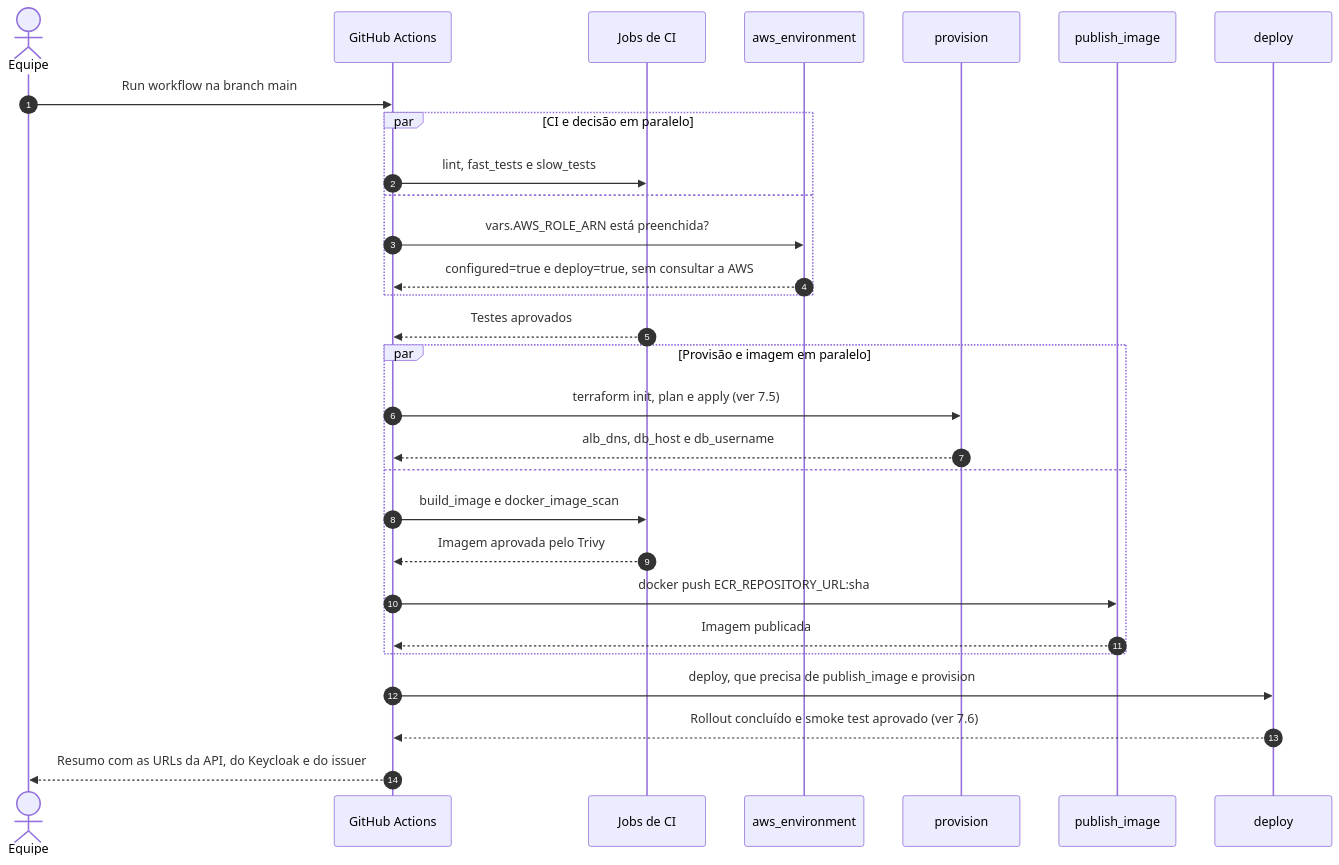
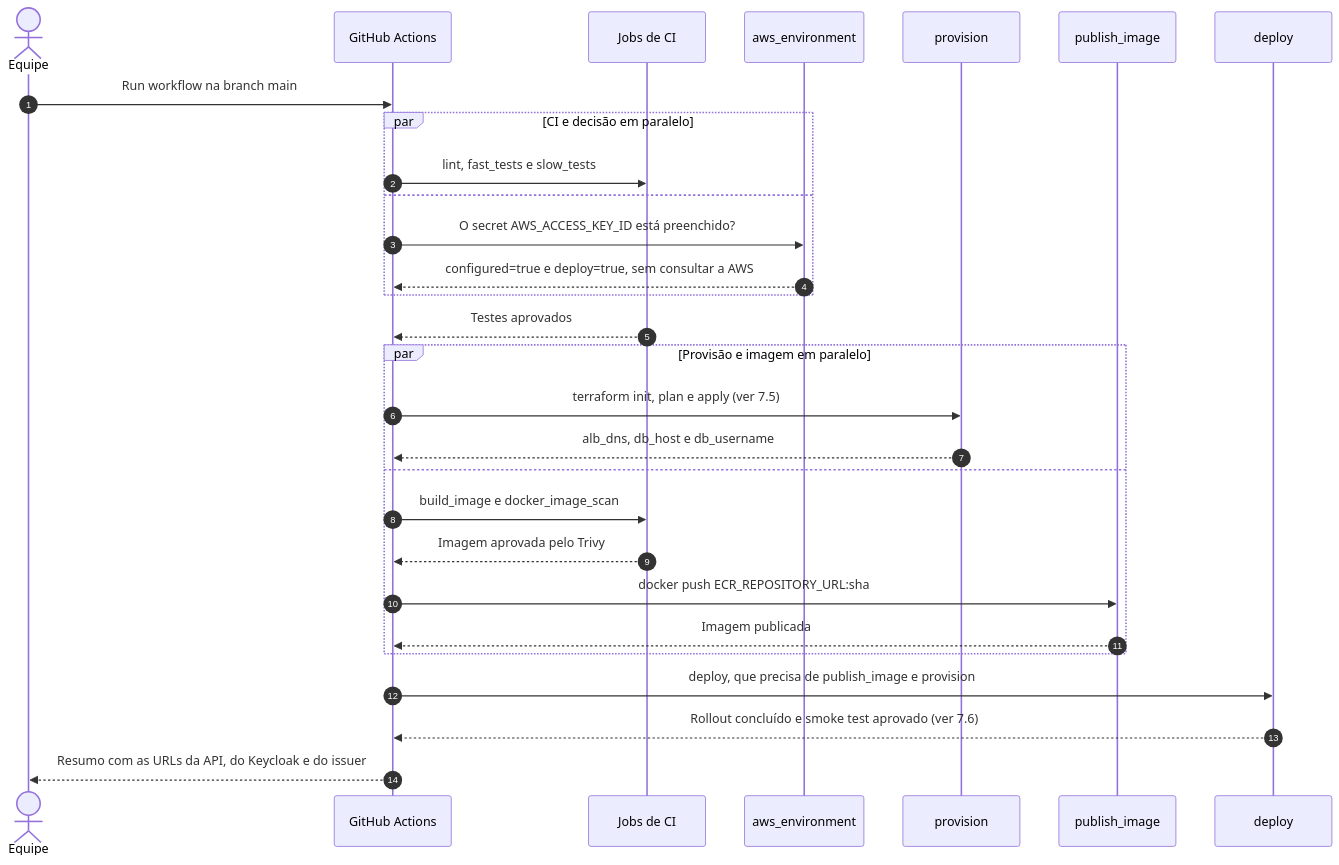
The eighth of 16 diagrams in docs/arquitetura.md (gabsevamac/JACAFI-FIAP_Tech-Challenge_01), drawn with Mermaid before and after one commit. The commit also changed other lines of this file and 4 other files, not shown here.

First line of the commit message:
docs: align docs with access-key auth and fix manual commands

````diff
--- a/docs/arquitetura.md
+++ b/docs/arquitetura.md
@@ -533,32 +532,32 @@
 ```mermaid
 sequenceDiagram
     autonumber
     actor Dev as Equipe
     participant GH as GitHub Actions
     participant CI as Jobs de CI
     participant Gate as aws_environment
     participant Prov as provision
     participant Pub as publish_image
     participant Dep as deploy
 
     Dev->>GH: Run workflow na branch main
     par CI e decisão em paralelo
         GH->>CI: lint, fast_tests e slow_tests
     and
-        GH->>Gate: vars.AWS_ROLE_ARN está preenchida?
+        GH->>Gate: O secret AWS_ACCESS_KEY_ID está preenchido?
         Gate-->>GH: configured=true e deploy=true, sem consultar a AWS
     end
     CI-->>GH: Testes aprovados
     par Provisão e imagem em paralelo
         GH->>Prov: terraform init, plan e apply (ver 7.5)
         Prov-->>GH: alb_dns, db_host e db_username
     and
         GH->>CI: build_image e docker_image_scan
         CI-->>GH: Imagem aprovada pelo Trivy
         GH->>Pub: docker push ECR_REPOSITORY_URL:sha
         Pub-->>GH: Imagem publicada
     end
     GH->>Dep: deploy, que precisa de publish_image e provision
     Dep-->>GH: Rollout concluído e smoke test aprovado (ver 7.6)
     GH-->>Dev: Resumo com as URLs da API, do Keycloak e do issuer
 ```
````
